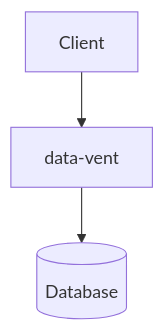
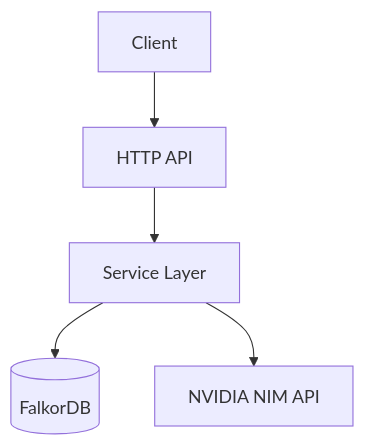
One commit to KogSector/data-vent changed the diagram in docs/architecture.md. Above: the diagram before and after it, drawn with Mermaid. The commit also changed other lines of this file and 10 other files, not shown here.

````diff
--- a/docs/architecture.md
+++ b/docs/architecture.md
@@ -7,5 +7,7 @@
 ```mermaid
 graph TD
-    Client --> API[data-vent]
-    API --> DB[(Database)]
+    Client --> HTTP[HTTP API]
+    HTTP --> Services[Service Layer]
+    Services --> DB[(FalkorDB)]
+    Services --> NVIDIA[NVIDIA NIM API]
 ```
````
